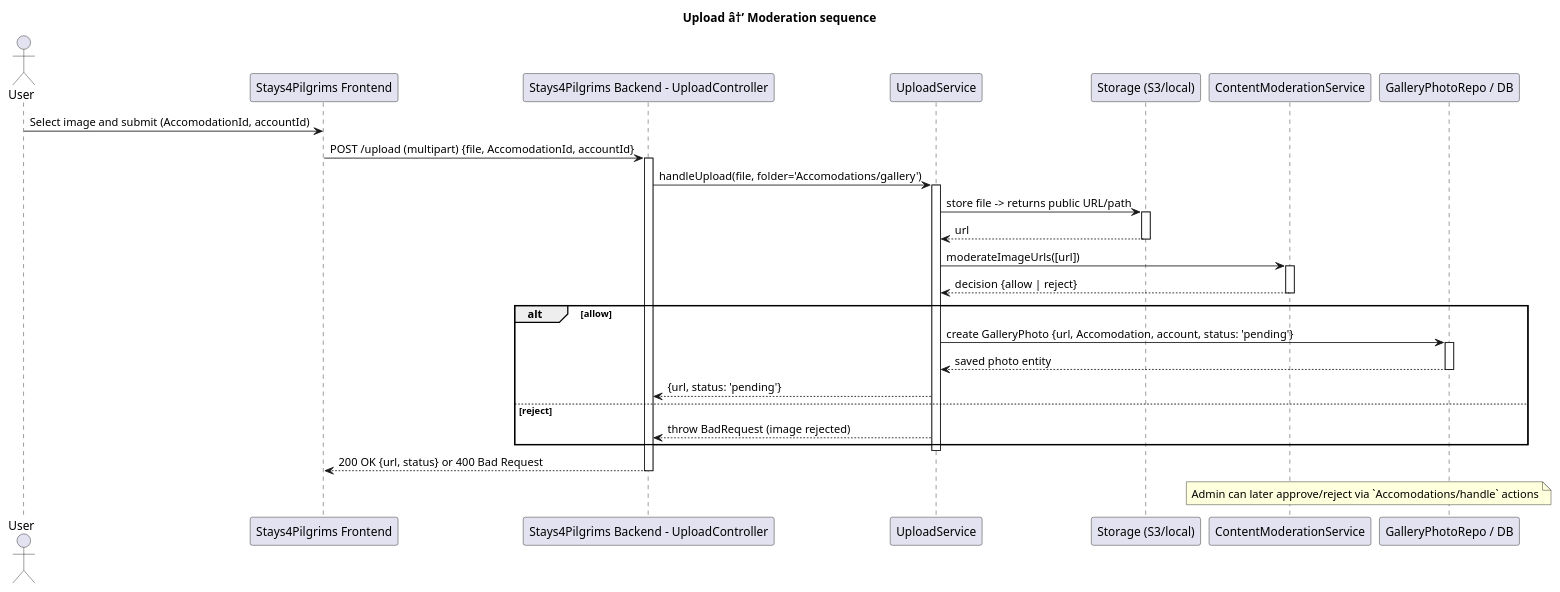
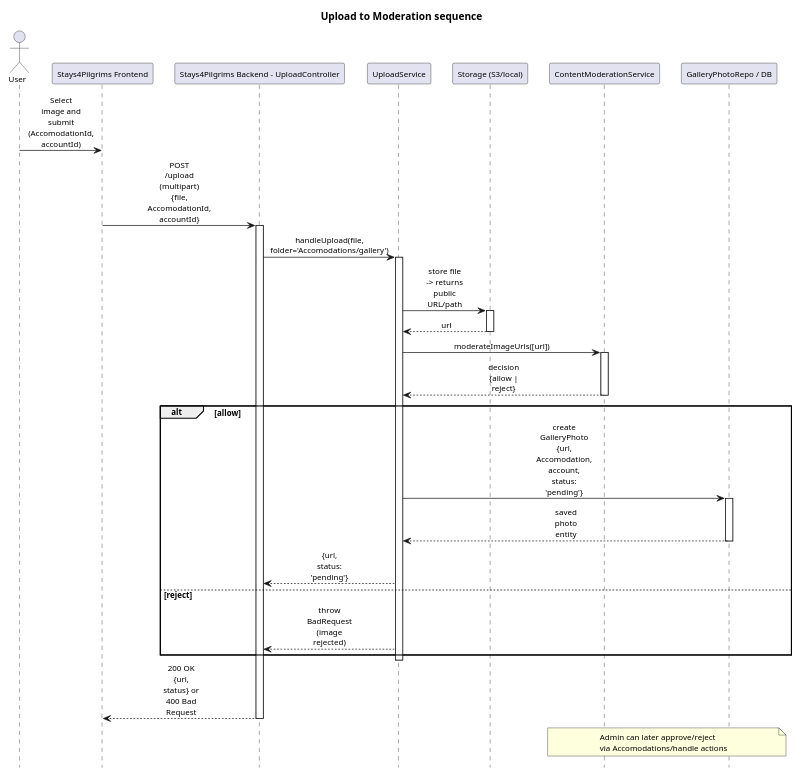
One commit to alegna83/cookbook-be changed the diagram in docs/diagrams/sequence-upload-moderation.puml. Above: the diagram before and after it, drawn with PlantUML. The commit also changed 25 other files, not shown here.

Commit message:
docs(diagrams): optimize architecture and communication diagrams for A4 readability

```diff
--- a/docs/diagrams/sequence-upload-moderation.puml
+++ b/docs/diagrams/sequence-upload-moderation.puml
@@ -1,39 +1,50 @@
 @startuml
-title Upload â†’ Moderation sequence
+title Upload to Moderation sequence
+scale 0.85
+hide footbox
+skinparam defaultFontName Arial
+skinparam defaultFontSize 11
+skinparam maxMessageSize 55
+skinparam sequence {
+  ParticipantPadding 10
+  BoxPadding 8
+  MessageAlign center
+  ArrowThickness 1
+}
 actor User
 participant "Stays4Pilgrims Frontend" as FE
 participant "Stays4Pilgrims Backend - UploadController" as API
 participant "UploadService" as UP
 participant "Storage (S3/local)" as STORAGE
 participant "ContentModerationService" as MOD
 participant "GalleryPhotoRepo / DB" as GDB
 
-User -> FE: Select image and submit (AccomodationId, accountId)
-FE -> API: POST /upload (multipart) {file, AccomodationId, accountId}
+User -> FE: Select image and submit\n(AccomodationId, accountId)
+FE -> API: POST /upload (multipart)\n{file, AccomodationId, accountId}
 activate API
 API -> UP: handleUpload(file, folder='Accomodations/gallery')
 activate UP
 UP -> STORAGE: store file -> returns public URL/path
 activate STORAGE
 STORAGE --> UP: url
 deactivate STORAGE
 UP -> MOD: moderateImageUrls([url])
 activate MOD
 MOD --> UP: decision {allow | reject}
 deactivate MOD
 alt allow
   UP -> GDB: create GalleryPhoto {url, Accomodation, account, status: 'pending'}
   activate GDB
   GDB --> UP: saved photo entity
   deactivate GDB
   UP --> API: {url, status: 'pending'}
 else reject
   UP --> API: throw BadRequest (image rejected)
 end
 deactivate UP
 API --> FE: 200 OK {url, status} or 400 Bad Request
 deactivate API
 
-note over GDB,MOD: Admin can later approve/reject via `Accomodations/handle` actions
+note over GDB,MOD: Admin can later approve/reject\nvia Accomodations/handle actions
 
 @enduml
```
